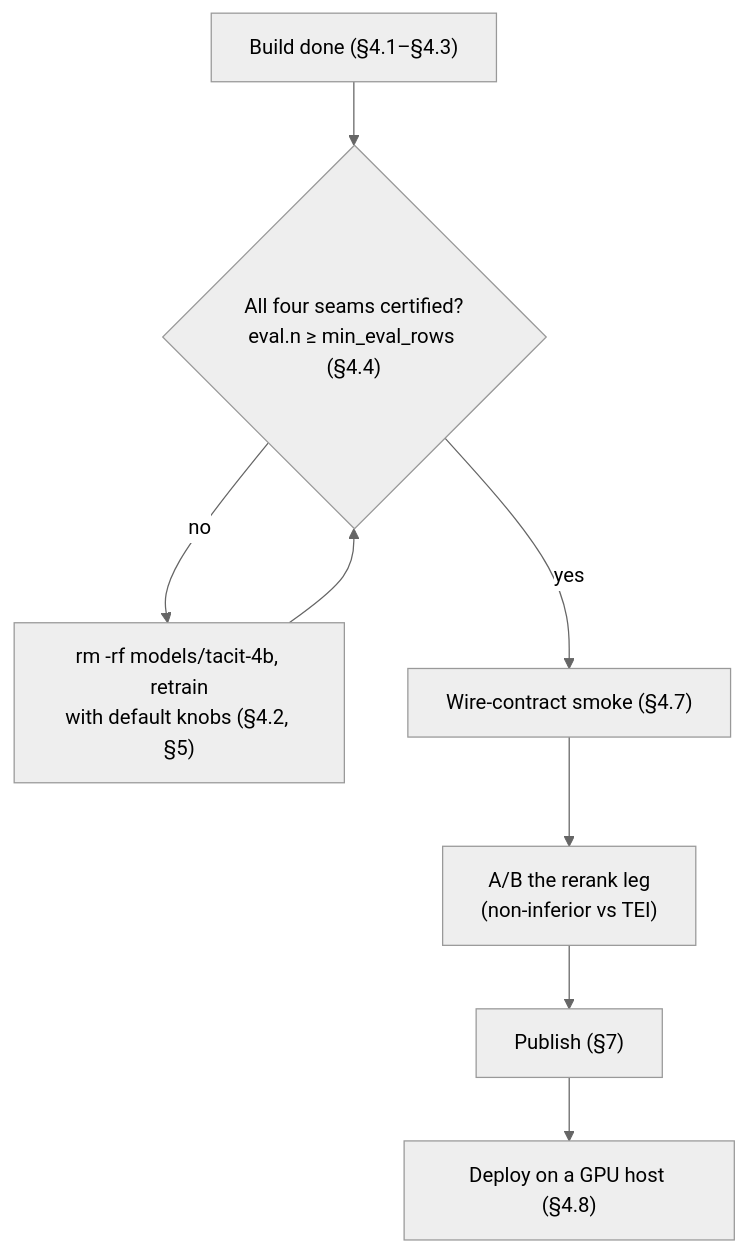
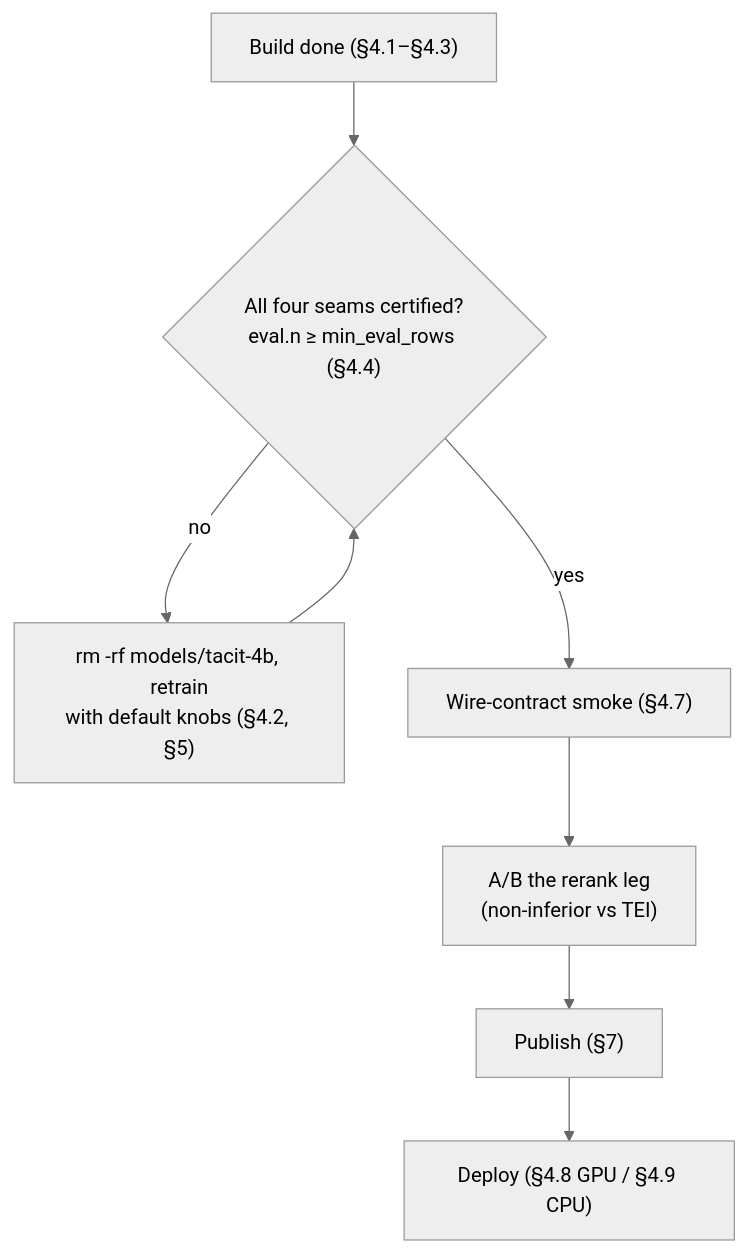
The diagram in docs/tacit-fine-tune.md (olk/design-pattern-mcp), drawn with Mermaid (neutral theme) before and after one commit. The commit also changed other lines of this file and 25 other files, not shown here.

````diff
--- a/docs/tacit-fine-tune.md
+++ b/docs/tacit-fine-tune.md
@@ -125,10 +125,10 @@
 ```mermaid
 flowchart TD
     A["Build done (§4.1–§4.3)"] --> B{"All four seams certified?<br/>eval.n ≥ min_eval_rows (§4.4)"}
     B -- "no" --> R["rm -rf models/tacit-4b, retrain<br/>with default knobs (§4.2, §5)"]
     R --> B
     B -- "yes" --> C["Wire-contract smoke (§4.7)"]
     C --> I["A/B the rerank leg<br/>(non-inferior vs TEI)"]
     I --> J["Publish (§7)"]
-    J --> K["Deploy on a GPU host (§4.8)"]
+    J --> K["Deploy (§4.8 GPU / §4.9 CPU)"]
 ```
````
